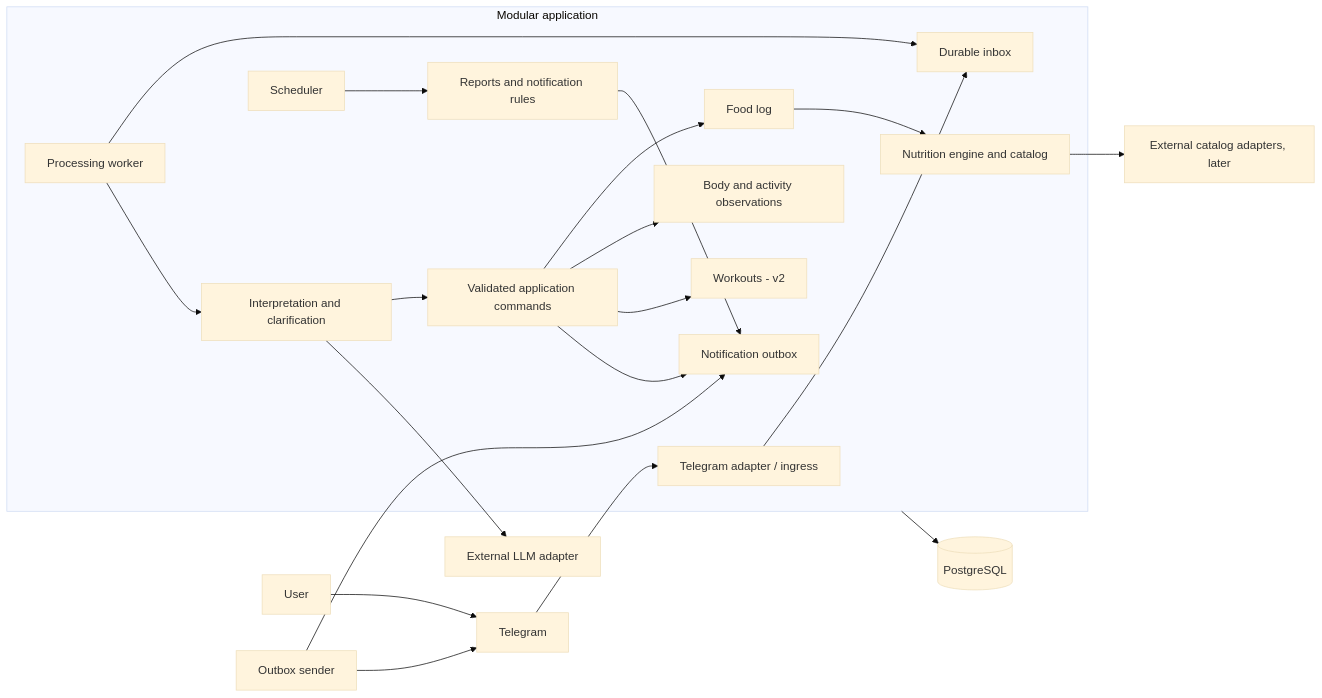
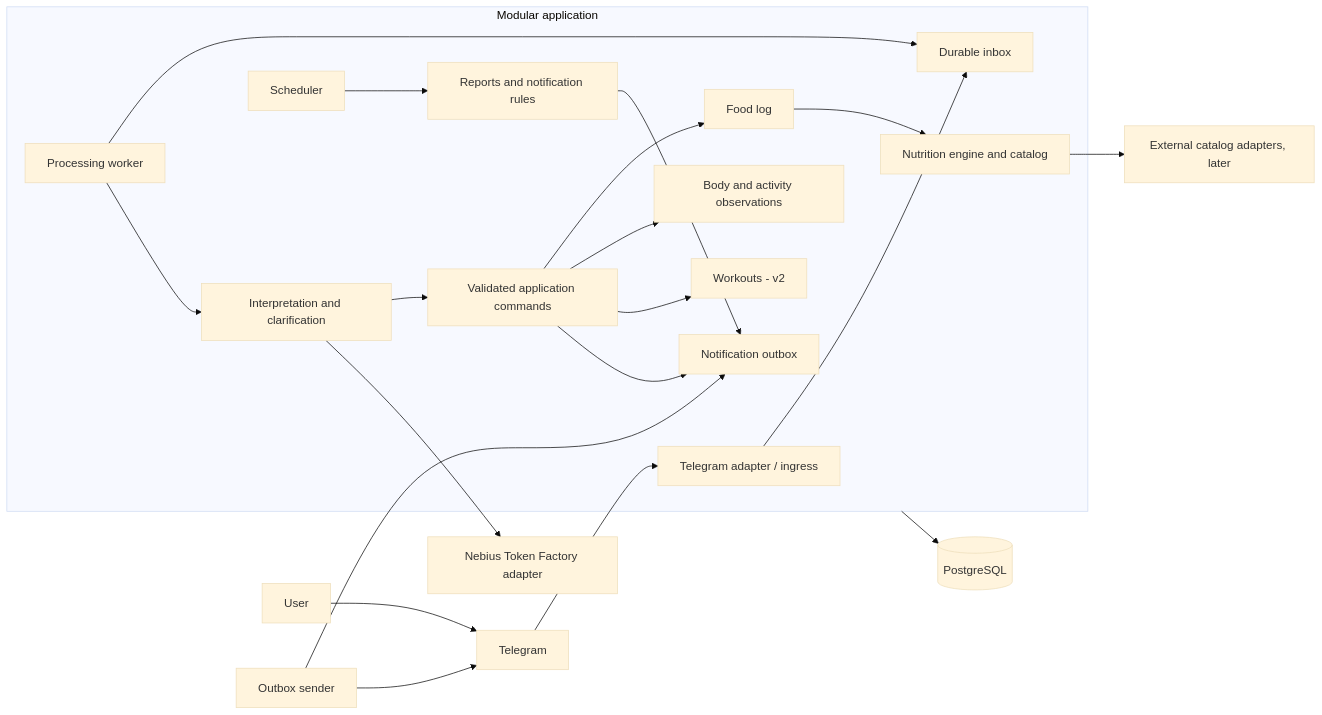
Before and after one commit to zbsmirnova/nutrition_assistant: the second of 2 diagrams in docs/architecture-plan.md, drawn with Mermaid (base theme). The commit also changed other lines of this file and 7 other files, not shown here.

Commit message:
Record Nebius provider and secret configuration contract

````diff
--- a/docs/architecture-plan.md
+++ b/docs/architecture-plan.md
@@ -66,23 +66,23 @@
 ```mermaid
 flowchart LR
     Person[User] --> Telegram[Telegram]
     Telegram --> Ingress[Telegram adapter / ingress]
     subgraph App[Modular application]
         Ingress --> Inbox[Durable inbox]
         Worker[Processing worker] --> Inbox
         Worker --> Interpretation[Interpretation and clarification]
         Interpretation --> Commands[Validated application commands]
         Commands --> Food[Food log]
         Commands --> Observations[Body and activity observations]
         Commands --> Workouts[Workouts - v2]
         Food --> Nutrition[Nutrition engine and catalog]
         Scheduler[Scheduler] --> Reports[Reports and notification rules]
         Commands --> Outbox[Notification outbox]
         Reports --> Outbox
     end
-    Interpretation --> Provider[External LLM adapter]
+    Interpretation --> Provider[Nebius Token Factory adapter]
     Nutrition --> Sources[External catalog adapters, later]
     App --> DB[(PostgreSQL)]
     Sender[Outbox sender] --> Outbox
     Sender --> Telegram
 ```
````
